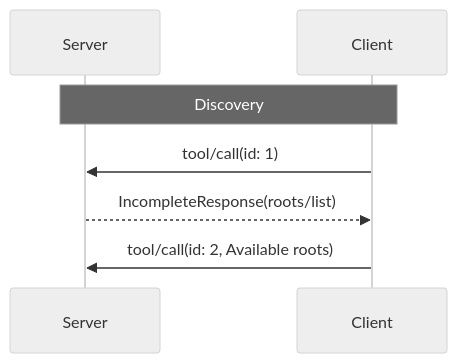
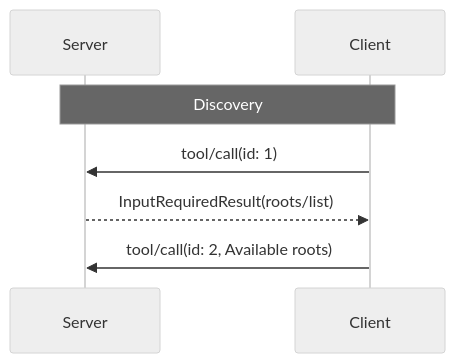
Before and after one commit to HIDORAKAI002/ai-workspace-archive: the diagram in mcp_ecosystem__model_context_protocol/official_mcp_repositories__anthropic/modelcontextprotocol/docs/specification/draft/client/roots.mdx, drawn with Mermaid (neutral theme). The commit also changed other lines of this file and 2257 other files, not shown here.

````diff
--- a/mcp_ecosystem__model_context_protocol/official_mcp_repositories__anthropic/modelcontextprotocol/docs/specification/draft/client/roots.mdx
+++ b/mcp_ecosystem__model_context_protocol/official_mcp_repositories__anthropic/modelcontextprotocol/docs/specification/draft/client/roots.mdx
@@ -85,10 +93,10 @@
 ```mermaid
 sequenceDiagram
     participant Server
     participant Client
 
     Note over Server,Client: Discovery
     Client->>Server: tool/call(id: 1)
-    Server-->>Client: IncompleteResponse(roots/list)
+    Server-->>Client: InputRequiredResult(roots/list)
     Client->>Server: tool/call(id: 2, Available roots)
 ```
````
